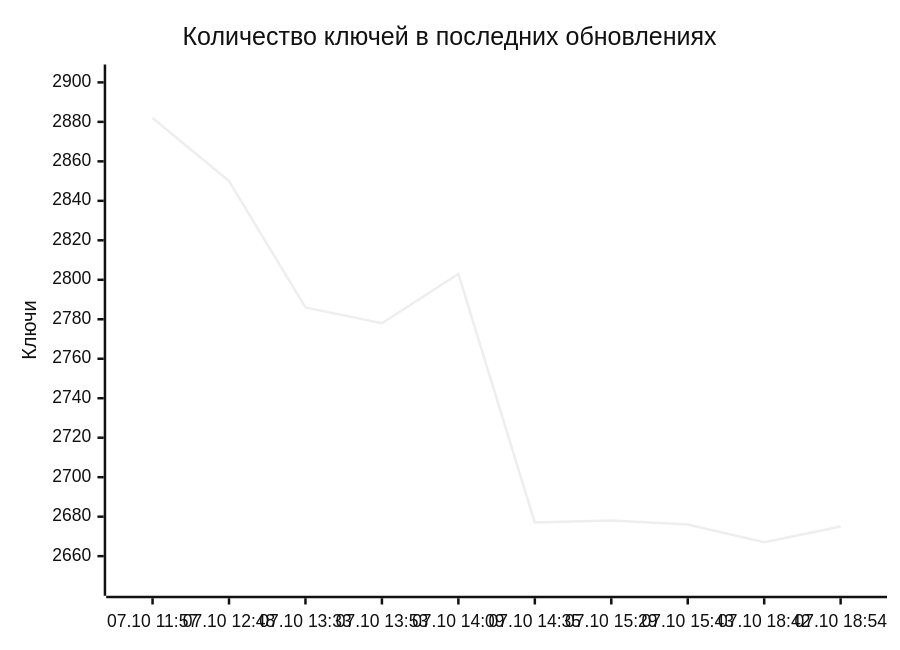
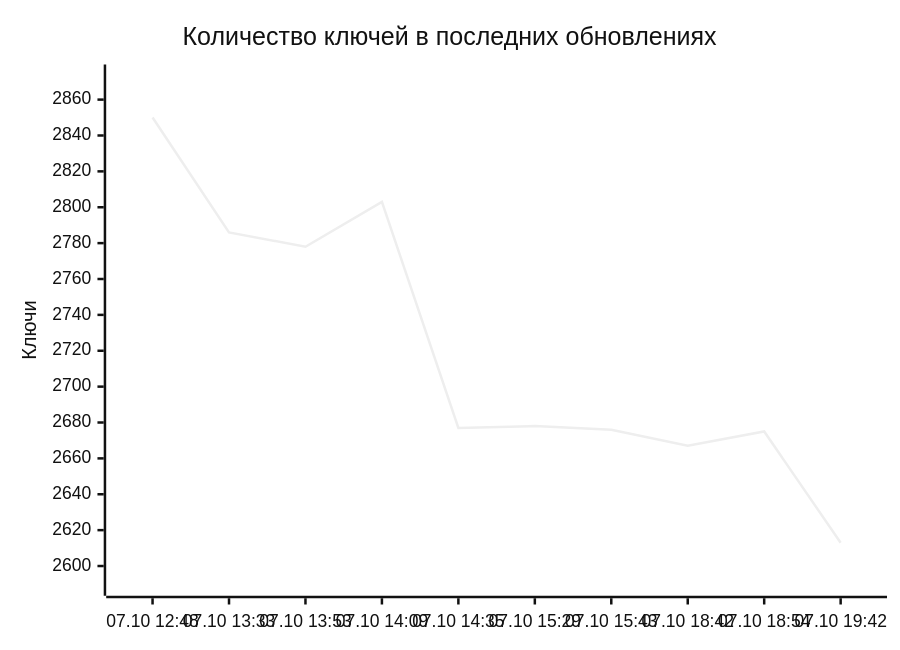
Before and after one commit to markKikhtenko/WireVeil: the diagram in README.md, drawn with Mermaid (neutral theme). The commit also changed other lines of this file and 12 other files, not shown here.

````diff
--- a/README.md
+++ b/README.md
@@ -55,7 +55,7 @@
 ```mermaid
 xychart-beta
     title "Количество ключей в последних обновлениях"
-    x-axis ["07.10 11:57", "07.10 12:48", "07.10 13:33", "07.10 13:53", "07.10 14:09", "07.10 14:35", "07.10 15:29", "07.10 15:43", "07.10 18:42", "07.10 18:54"]
-    y-axis "Ключи" 2645 --> 2904
-    line [2882, 2850, 2786, 2778, 2803, 2677, 2678, 2676, 2667, 2675]
+    x-axis ["07.10 12:48", "07.10 13:33", "07.10 13:53", "07.10 14:09", "07.10 14:35", "07.10 15:29", "07.10 15:43", "07.10 18:42", "07.10 18:54", "07.10 19:42"]
+    y-axis "Ключи" 2589 --> 2874
+    line [2850, 2786, 2778, 2803, 2677, 2678, 2676, 2667, 2675, 2613]
 ```
````
